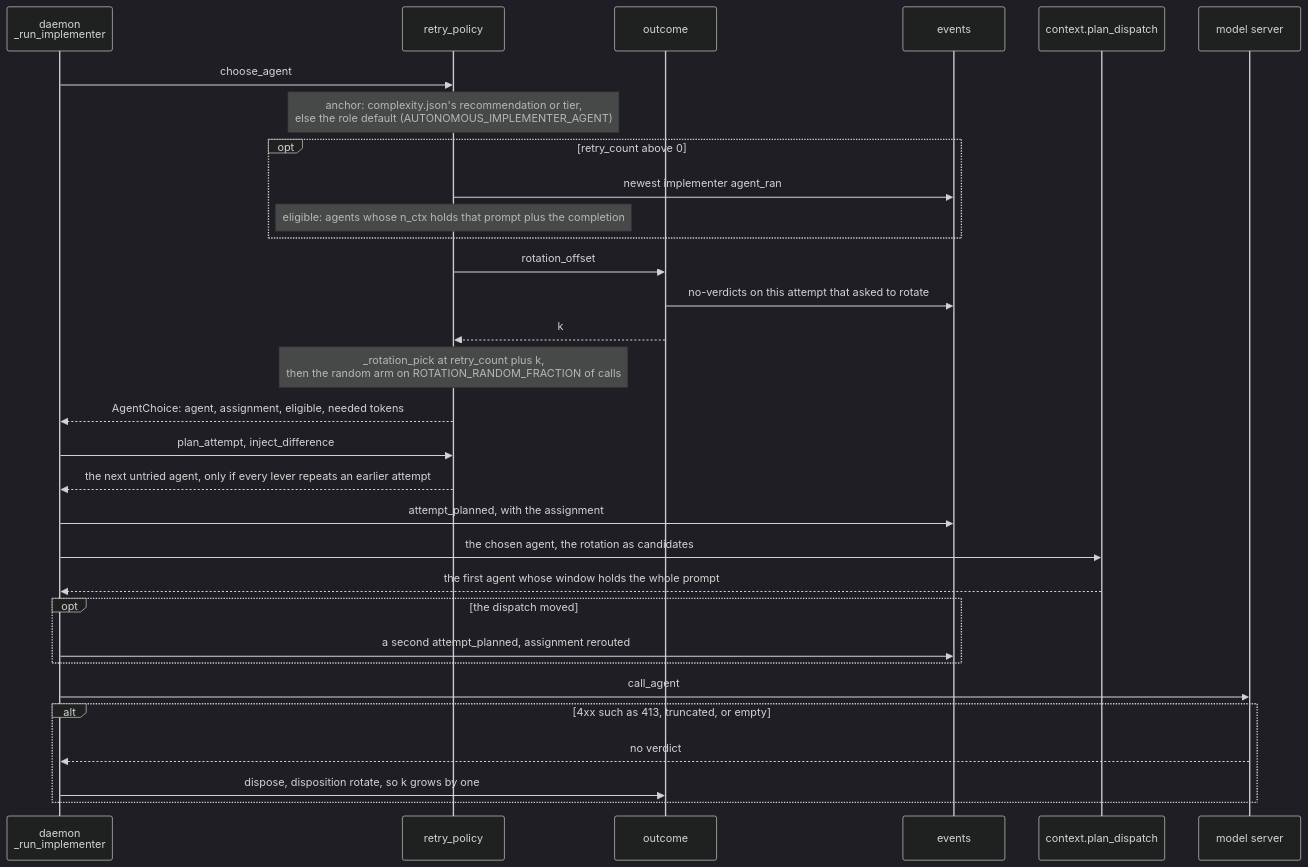
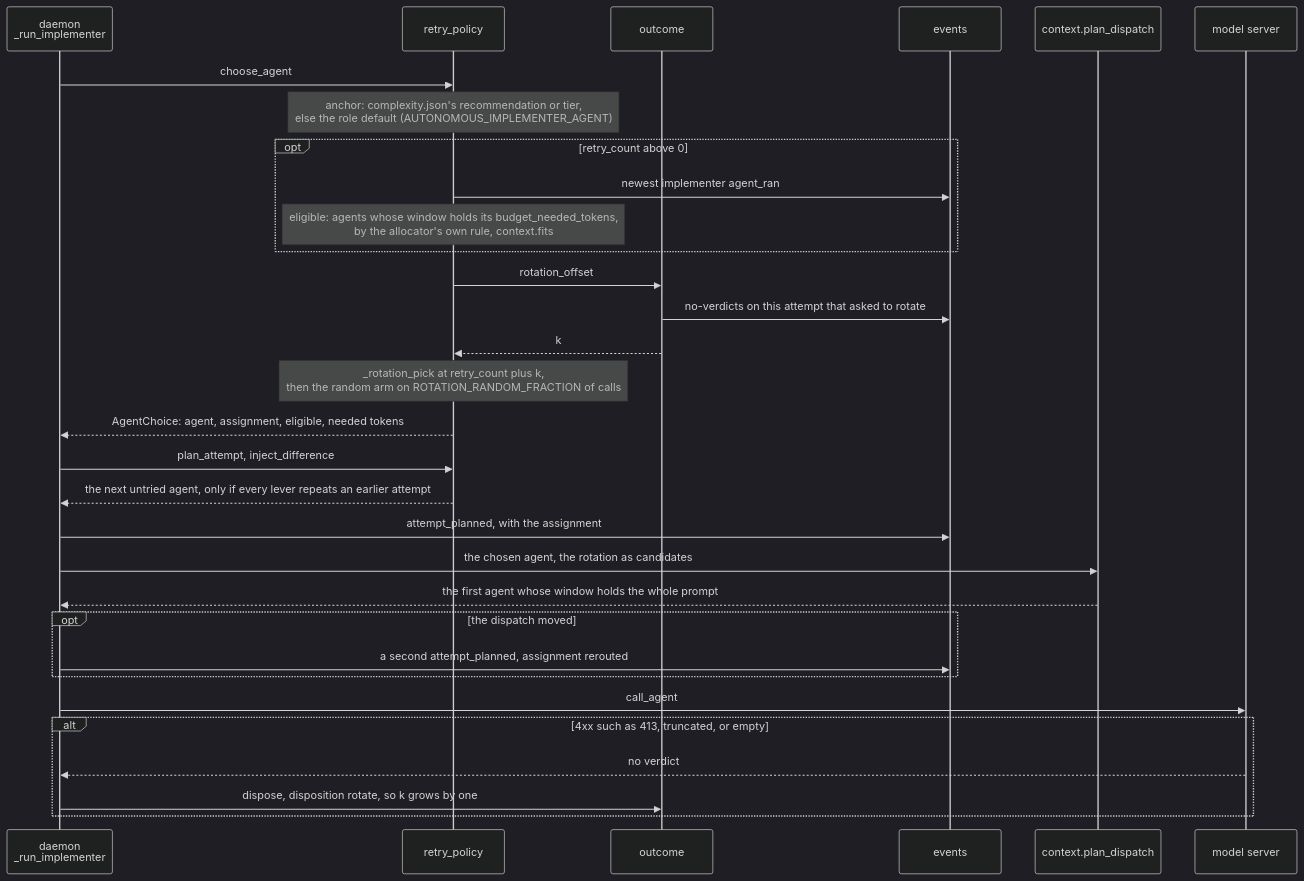
One commit to keithmerrilliv/coding-model-server changed the eighth of 8 diagrams in docs/PIPELINE.md. Above: the diagram before and after it, drawn with Mermaid (dark theme). The commit also changed other lines of this file and 5 other files, not shown here.

First line of the commit message:
DEV-843: the rotation plans only agents the allocator will accept

````diff
--- a/docs/PIPELINE.md
+++ b/docs/PIPELINE.md
@@ -542,34 +542,34 @@
 ```mermaid
 sequenceDiagram
     participant D as daemon<br/>_run_implementer
     participant RP as retry_policy
     participant OC as outcome
     participant EV as events
     participant CX as context.plan_dispatch
     participant S as model server
 
     D->>RP: choose_agent
     Note over RP: anchor: complexity.json's recommendation or tier,<br/>else the role default (AUTONOMOUS_IMPLEMENTER_AGENT)
     opt retry_count above 0
         RP->>EV: newest implementer agent_ran
-        Note over RP: eligible: agents whose n_ctx holds that prompt plus the completion
+        Note over RP: eligible: agents whose window holds its budget_needed_tokens,<br/>by the allocator's own rule, context.fits
     end
     RP->>OC: rotation_offset
     OC->>EV: no-verdicts on this attempt that asked to rotate
     OC-->>RP: k
     Note over RP: _rotation_pick at retry_count plus k,<br/>then the random arm on ROTATION_RANDOM_FRACTION of calls
     RP-->>D: AgentChoice: agent, assignment, eligible, needed tokens
     D->>RP: plan_attempt, inject_difference
     RP-->>D: the next untried agent, only if every lever repeats an earlier attempt
     D->>EV: attempt_planned, with the assignment
     D->>CX: the chosen agent, the rotation as candidates
     CX-->>D: the first agent whose window holds the whole prompt
     opt the dispatch moved
         D->>EV: a second attempt_planned, assignment rerouted
     end
     D->>S: call_agent
     alt 4xx such as 413, truncated, or empty
         S-->>D: no verdict
         D->>OC: dispose, disposition rotate, so k grows by one
     end
 ```
````
